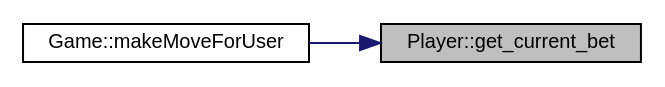
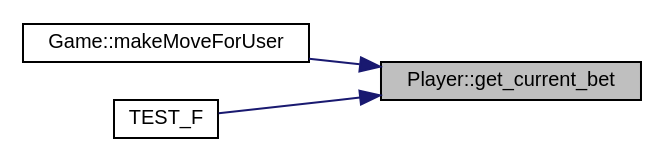
The diagram in class_player_a6bbf9eaf94c40552906fb108b6a2392a_icgraph.dot (jesstyrrell/cosc345), drawn with Graphviz before and after one commit. The commit also changed 332 other files, not shown here.

```diff
--- a/class_player_a6bbf9eaf94c40552906fb108b6a2392a_icgraph.dot
+++ b/class_player_a6bbf9eaf94c40552906fb108b6a2392a_icgraph.dot
@@ -1,11 +1,13 @@
 digraph "Player::get_current_bet"
 {
  // INTERACTIVE_SVG=YES
  // LATEX_PDF_SIZE
   edge [fontname="Helvetica",fontsize="10",labelfontname="Helvetica",labelfontsize="10"];
   node [fontname="Helvetica",fontsize="10",shape=record];
   rankdir="RL";
   Node1 [label="Player::get_current_bet",height=0.2,width=0.4,color="black", fillcolor="grey75", style="filled", fontcolor="black",tooltip="Gets the player's current bet in the ongoing hand."];
   Node1 -> Node2 [dir="back",color="midnightblue",fontsize="10",style="solid",fontname="Helvetica"];
   Node2 [label="Game::makeMoveForUser",height=0.2,width=0.4,color="black", fillcolor="white", style="filled",URL="$class_game.html#a1a44850a64799e17f43f22b560275157",tooltip="Processes a move made by the user."];
+  Node1 -> Node3 [dir="back",color="midnightblue",fontsize="10",style="solid",fontname="Helvetica"];
+  Node3 [label="TEST_F",height=0.2,width=0.4,color="black", fillcolor="white", style="filled",URL="$test___player_8cc.html#a2c22c2497f5ea5e8ee5f6c19eebaf8be",tooltip=" "];
 }
```
